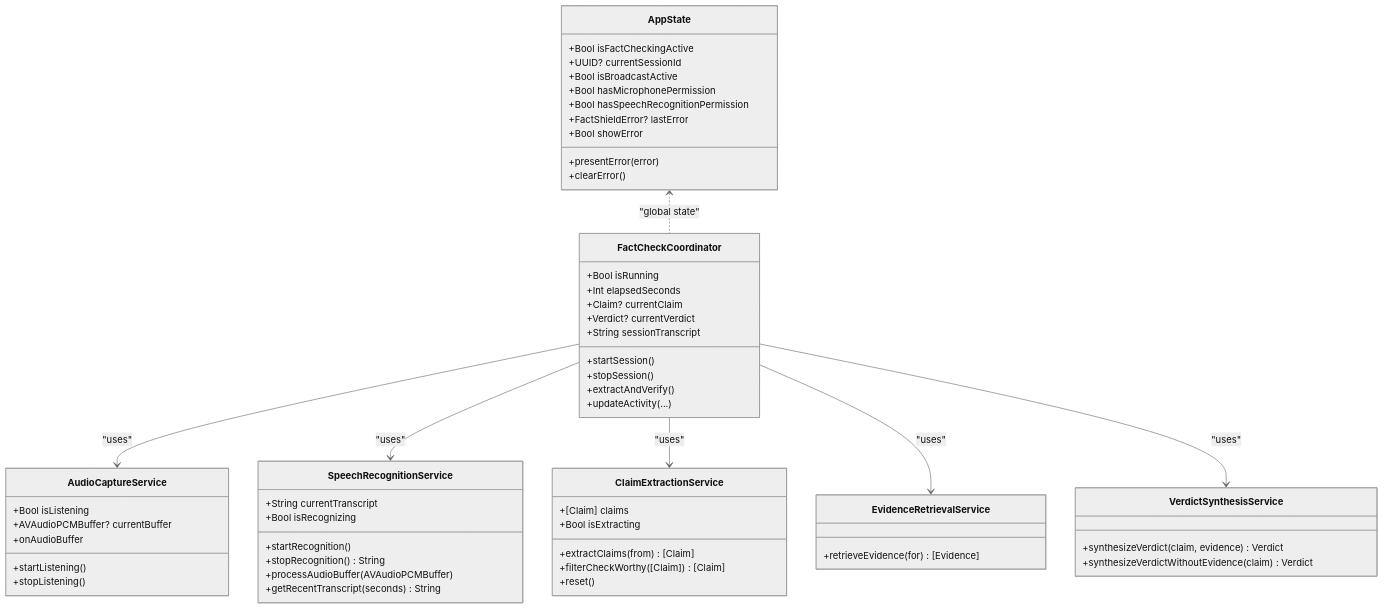
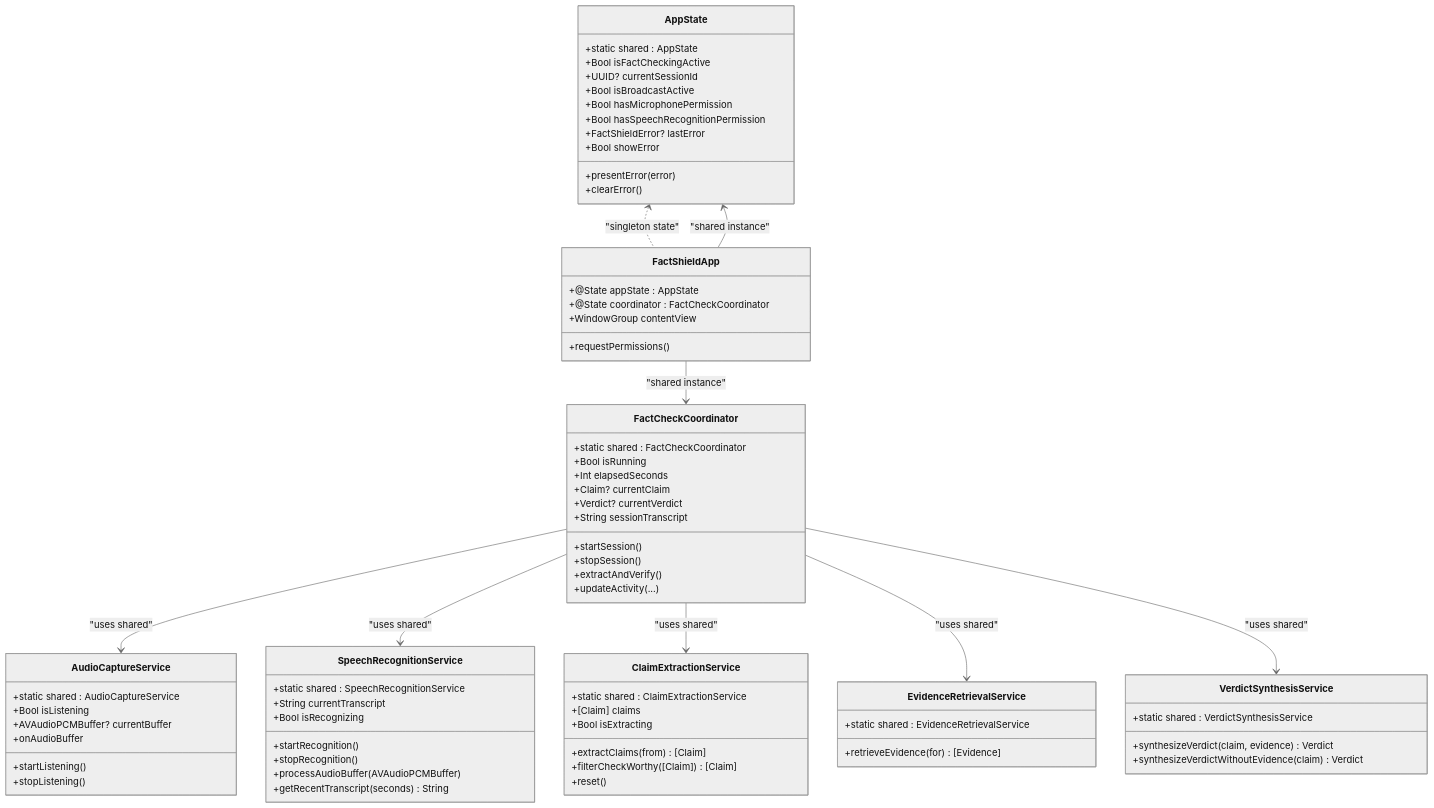
One commit to alexandreybasta-cyber/factshield-ios changed the fourth of 4 diagrams in .qoder/repowiki/en/content/Data Models and State Management/State Management Architecture.md. Above: the diagram before and after it, drawn with Mermaid (neutral theme). The commit also changed other lines of this file and 97 other files, not shown here.

````diff
--- a/.qoder/repowiki/en/content/Data Models and State Management/State Management Architecture.md
+++ b/.qoder/repowiki/en/content/Data Models and State Management/State Management Architecture.md
@@ -300,60 +423,75 @@
 ```mermaid
 classDiagram
 class AppState {
++static shared : AppState
 +Bool isFactCheckingActive
 +UUID? currentSessionId
 +Bool isBroadcastActive
 +Bool hasMicrophonePermission
 +Bool hasSpeechRecognitionPermission
 +FactShieldError? lastError
 +Bool showError
 +presentError(error)
 +clearError()
 }
+class FactShieldApp {
++@State appState : AppState
++@State coordinator : FactCheckCoordinator
++WindowGroup contentView
++requestPermissions()
+}
 class FactCheckCoordinator {
++static shared : FactCheckCoordinator
 +Bool isRunning
 +Int elapsedSeconds
 +Claim? currentClaim
 +Verdict? currentVerdict
 +String sessionTranscript
 +startSession()
 +stopSession()
 +extractAndVerify()
 +updateActivity(...)
 }
 class AudioCaptureService {
++static shared : AudioCaptureService
 +Bool isListening
 +AVAudioPCMBuffer? currentBuffer
 +onAudioBuffer
 +startListening()
 +stopListening()
 }
 class SpeechRecognitionService {
++static shared : SpeechRecognitionService
 +String currentTranscript
 +Bool isRecognizing
 +startRecognition()
-+stopRecognition() String
++stopRecognition()
 +processAudioBuffer(AVAudioPCMBuffer)
 +getRecentTranscript(seconds) String
 }
 class ClaimExtractionService {
++static shared : ClaimExtractionService
 +[Claim] claims
 +Bool isExtracting
 +extractClaims(from) [Claim]
 +filterCheckWorthy([Claim]) [Claim]
 +reset()
 }
 class EvidenceRetrievalService {
++static shared : EvidenceRetrievalService
 +retrieveEvidence(for) [Evidence]
 }
 class VerdictSynthesisService {
++static shared : VerdictSynthesisService
 +synthesizeVerdict(claim, evidence) Verdict
 +synthesizeVerdictWithoutEvidence(claim) Verdict
 }
-AppState <.. FactCheckCoordinator : "global state"
-FactCheckCoordinator --> AudioCaptureService : "uses"
-FactCheckCoordinator --> SpeechRecognitionService : "uses"
-FactCheckCoordinator --> ClaimExtractionService : "uses"
-FactCheckCoordinator --> EvidenceRetrievalService : "uses"
-FactCheckCoordinator --> VerdictSynthesisService : "uses"
+AppState <.. FactShieldApp : "singleton state"
+FactShieldApp --> FactCheckCoordinator : "shared instance"
+FactShieldApp --> AppState : "shared instance"
+FactCheckCoordinator --> AudioCaptureService : "uses shared"
+FactCheckCoordinator --> SpeechRecognitionService : "uses shared"
+FactCheckCoordinator --> ClaimExtractionService : "uses shared"
+FactCheckCoordinator --> EvidenceRetrievalService : "uses shared"
+FactCheckCoordinator --> VerdictSynthesisService : "uses shared"
 ```
````
